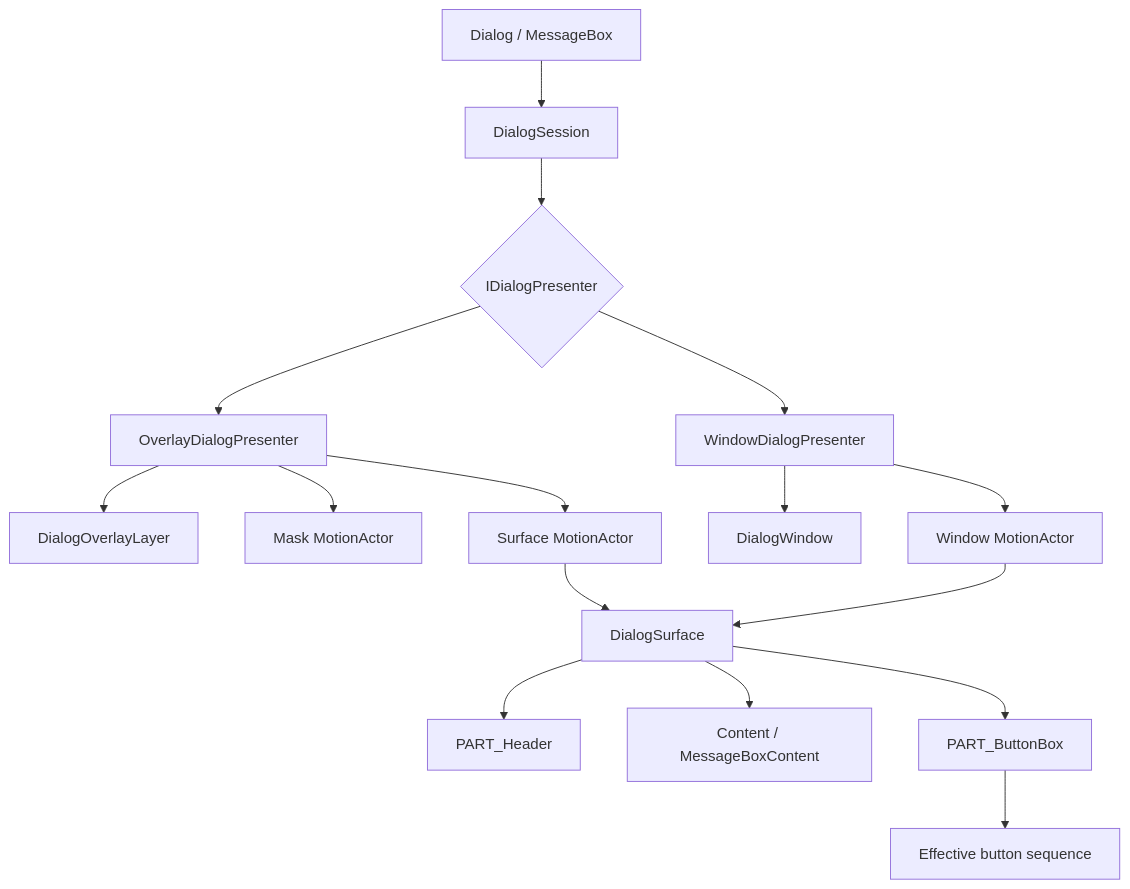
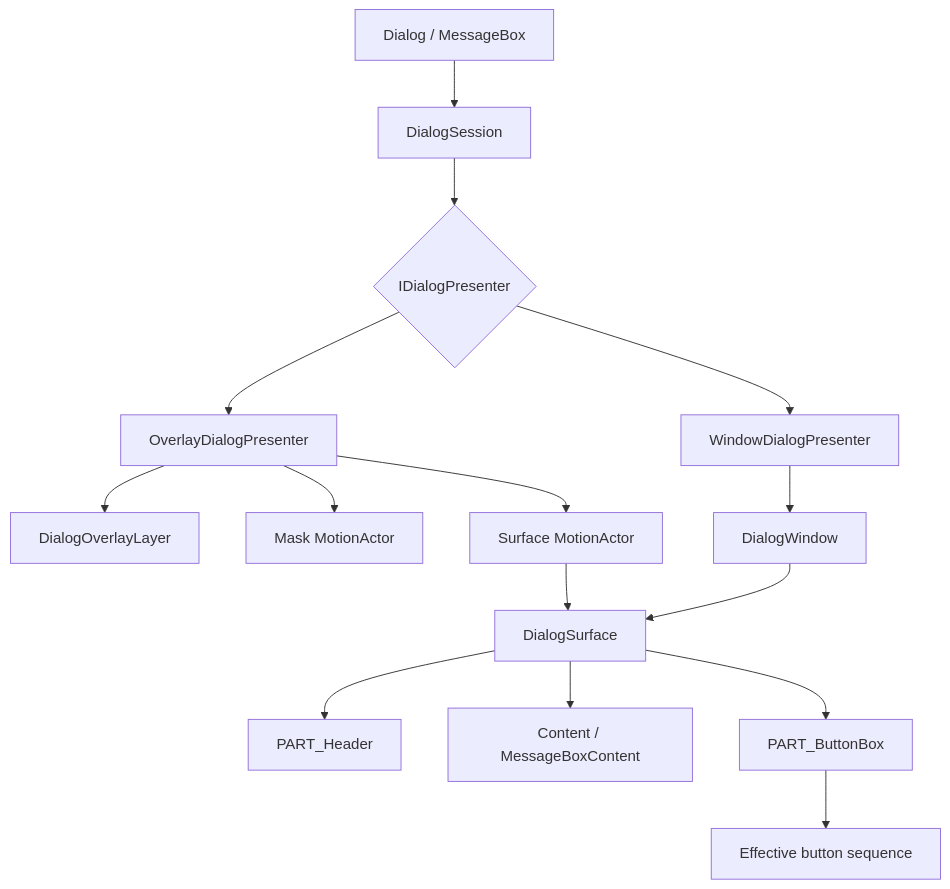
One commit to chinware/AtomUI changed the diagram in docs/controls/desktop/feedback/modal/implementation.md. Above: the diagram before and after it, drawn with Mermaid. The commit also changed other lines of this file and 24 other files, not shown here.

````diff
--- a/docs/controls/desktop/feedback/modal/implementation.md
+++ b/docs/controls/desktop/feedback/modal/implementation.md
@@ -73,18 +73,17 @@
 ```mermaid
 flowchart TD
     D["Dialog / MessageBox"] --> S["DialogSession"]
     S --> P{"IDialogPresenter"}
     P --> OP["OverlayDialogPresenter"]
     P --> WP["WindowDialogPresenter"]
     OP --> DL["DialogOverlayLayer"]
     OP --> MA["Mask MotionActor"]
     OP --> SA["Surface MotionActor"]
     WP --> W["DialogWindow"]
-    WP --> WA["Window MotionActor"]
     SA --> DS["DialogSurface"]
-    WA --> DS
+    W --> DS
     DS --> H["PART_Header"]
     DS --> C["Content / MessageBoxContent"]
     DS --> B["PART_ButtonBox"]
     B --> EB["Effective button sequence"]
 ```
````
